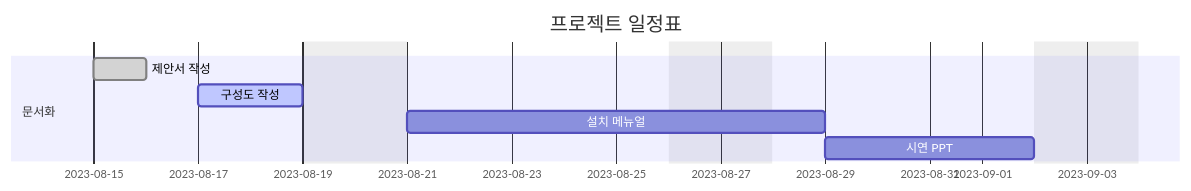
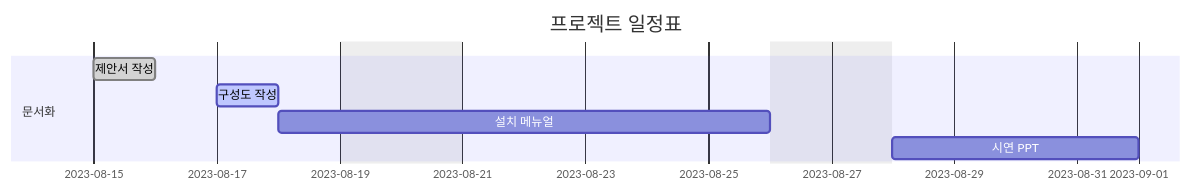
The diagram in README.md (LOFL404/project1), drawn with Mermaid before and after one commit.

````diff
--- a/README.md
+++ b/README.md
@@ -1,16 +1,16 @@
 ```mermaid
 gantt
     dateFormat  YYYY-MM-DD
     axisFormat  %Y-%m-%d
     title       프로젝트 일정표
     excludes    weekends saturday,sunday
     
     section 문서화
     제안서 작성     :done,    a, 2023-08-15, 1d
-    구성도 작성     :active,  b, 2023-08-17, 2d
+    구성도 작성     :active,  b, 2023-08-17, 1d
     설치 메뉴얼     :c, after b, 6d
     시연 PPT        :after c, 4d
 
     section 구현
     
 ```
````
